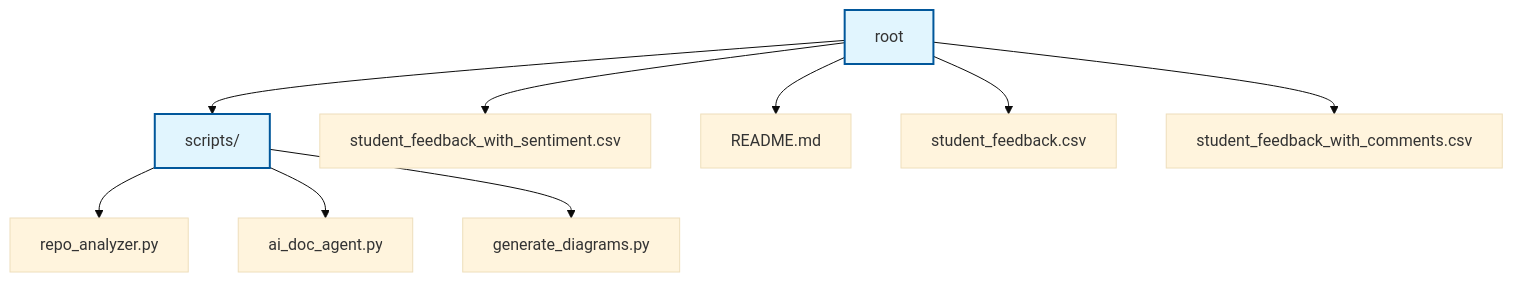
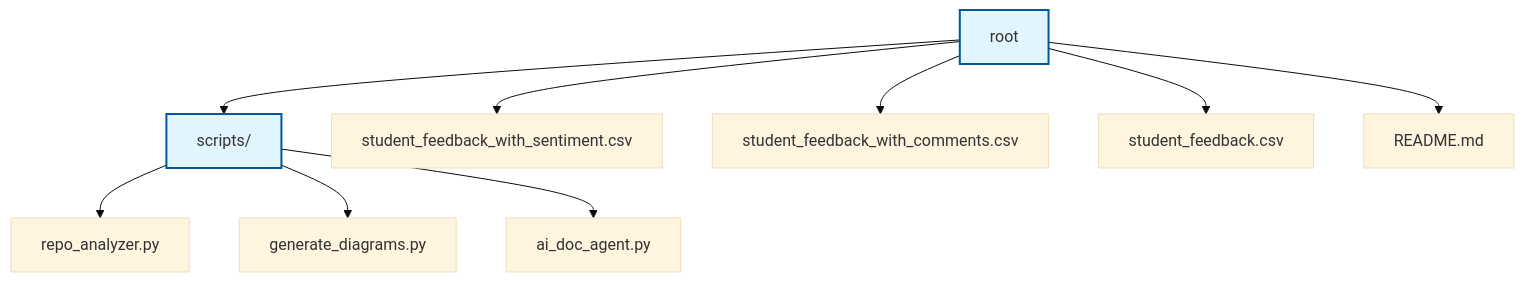
One commit to NITISH-R-G/FUTURE_DS_03 changed the diagram in README.md. Above: the diagram before and after it, drawn with Mermaid (base theme).

Commit message:
docs: auto-update repository documentation and diagrams

````diff
--- a/README.md
+++ b/README.md
@@ -47,29 +47,29 @@
 ```mermaid
 graph TD
     node0["root"]:::folder
     node1["scripts/"]:::folder
     node0 --> node1
     node2["student_feedback_with_sentiment.csv"]
     node0 --> node2
-    node3["README.md"]
+    node3["student_feedback_with_comments.csv"]
     node0 --> node3
     node4["student_feedback.csv"]
     node0 --> node4
-    node5["student_feedback_with_comments.csv"]
+    node5["README.md"]
     node0 --> node5
     node6["repo_analyzer.py"]
     node1 --> node6
-    node7["ai_doc_agent.py"]
+    node7["generate_diagrams.py"]
     node1 --> node7
-    node8["generate_diagrams.py"]
+    node8["ai_doc_agent.py"]
     node1 --> node8
     classDef folder fill:#e1f5fe,stroke:#01579b,stroke-width:2px;
     click node1 "scripts" "View scripts"
     click node2 "student_feedback_with_sentiment.csv" "View student_feedback_with_sentiment.csv"
-    click node3 "README.md" "View README.md"
+    click node3 "student_feedback_with_comments.csv" "View student_feedback_with_comments.csv"
     click node4 "student_feedback.csv" "View student_feedback.csv"
-    click node5 "student_feedback_with_comments.csv" "View student_feedback_with_comments.csv"
+    click node5 "README.md" "View README.md"
     click node6 "scripts/repo_analyzer.py" "View repo_analyzer.py"
-    click node7 "scripts/ai_doc_agent.py" "View ai_doc_agent.py"
-    click node8 "scripts/generate_diagrams.py" "View generate_diagrams.py"
+    click node7 "scripts/generate_diagrams.py" "View generate_diagrams.py"
+    click node8 "scripts/ai_doc_agent.py" "View ai_doc_agent.py"
 ```
````
